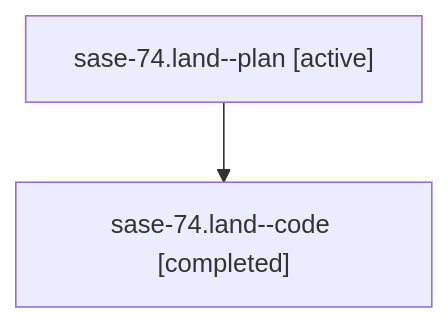
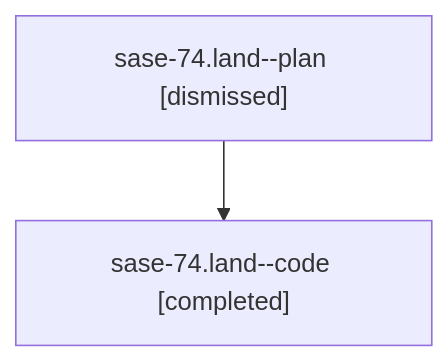
Before and after one commit to sase-org/sase--agents: the diagram in sessions/bbugyi200.athena.sase-74.land.md, drawn with Mermaid. The commit also changed other lines of this file and 57 other files, not shown here.

````diff
--- a/sessions/bbugyi200.athena.sase-74.land.md
+++ b/sessions/bbugyi200.athena.sase-74.land.md
@@ -9,6 +9,6 @@
 ```mermaid
 flowchart TD
-  n0["sase-74.land--plan [active]"]
+  n0["sase-74.land--plan [dismissed]"]
   n1["sase-74.land--code [completed]"]
   n0 --> n1
 ```
````
